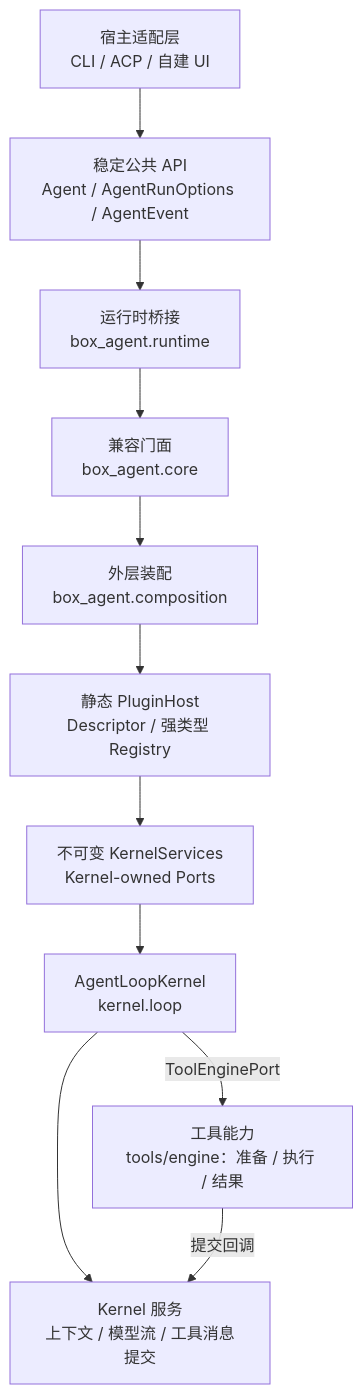
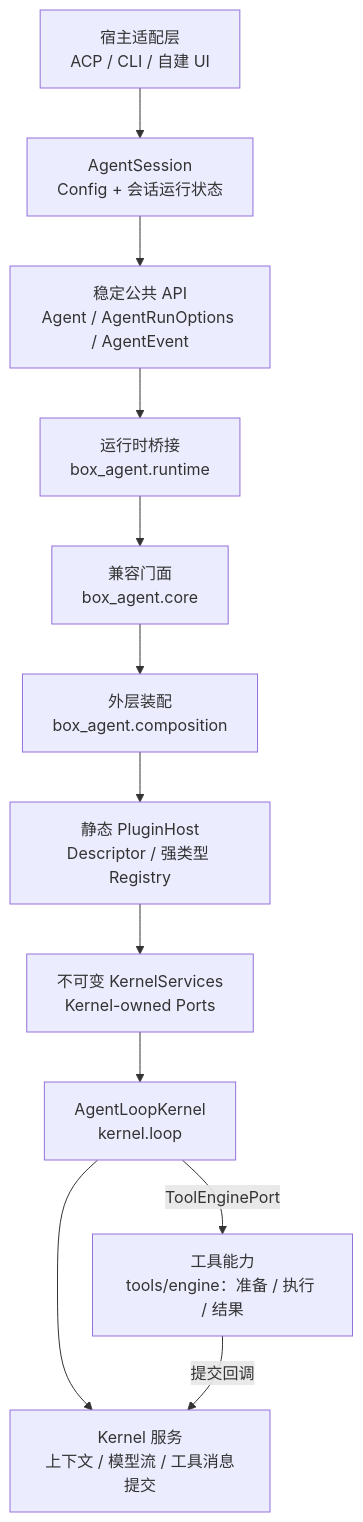
Before and after one commit to KRISACHAN/Box-Agent: the diagram in docs/ARCHITECTURE_CN.md, drawn with Mermaid. The commit also changed other lines of this file and 14 other files, not shown here.

Commit message:
refactor(session): share configured Agent sessions across adapters

````diff
--- a/docs/ARCHITECTURE_CN.md
+++ b/docs/ARCHITECTURE_CN.md
@@ -8,17 +8,18 @@
 ```mermaid
 flowchart TB
-    H["宿主适配层<br/>CLI / ACP / 自建 UI"]
+    H["宿主适配层<br/>ACP / CLI / 自建 UI"]
+    SS["AgentSession<br/>Config + 会话运行状态"]
     A["稳定公共 API<br/>Agent / AgentRunOptions / AgentEvent"]
     R["运行时桥接<br/>box_agent.runtime"]
     C["兼容门面<br/>box_agent.core"]
     O["外层装配<br/>box_agent.composition"]
     P["静态 PluginHost<br/>Descriptor / 强类型 Registry"]
     S["不可变 KernelServices<br/>Kernel-owned Ports"]
     L["AgentLoopKernel<br/>kernel.loop"]
     E["Kernel 服务<br/>上下文 / 模型流 / 工具消息提交"]
     T["工具能力<br/>tools/engine：准备 / 执行 / 结果"]
 
-    H --> A --> R --> C --> O --> P --> S --> L --> E
+    H --> SS --> A --> R --> C --> O --> P --> S --> L --> E
     L -->|ToolEnginePort| T
     T -->|提交回调| E
 ```
````
